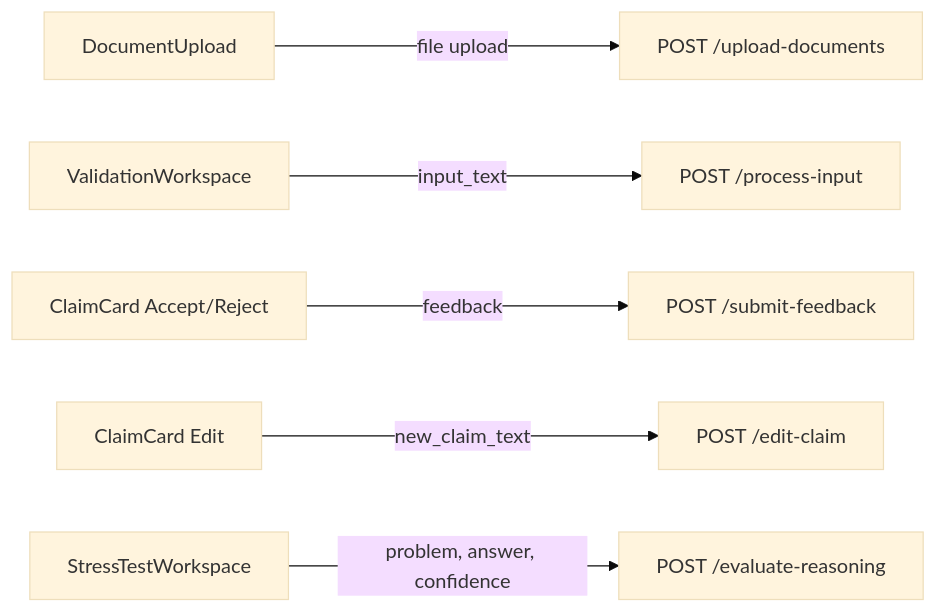
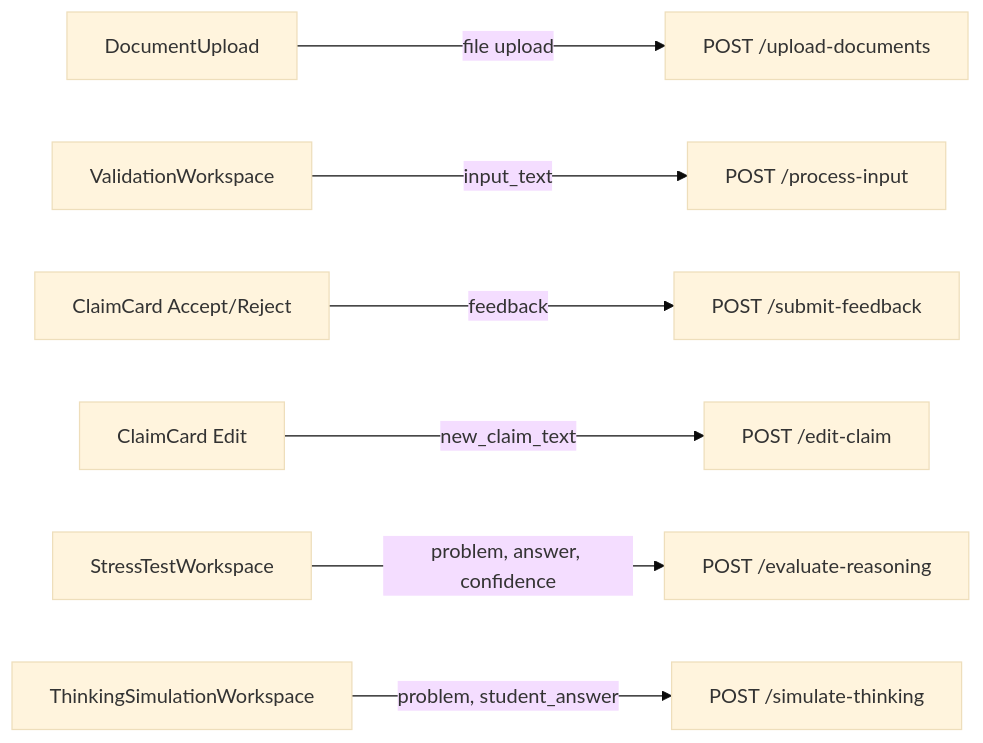
Before and after one commit to chandan112307/evilearn-2: the fourth of 4 diagrams in frontend/README.md, drawn with Mermaid (base theme). The commit also changed other lines of this file and 3 other files, not shown here.

First line of the commit message:
docs: update all READMEs with graph-based cognitive reasoning engine architecture

````diff
--- a/frontend/README.md
+++ b/frontend/README.md
@@ -333,8 +400,9 @@
 ```mermaid
 flowchart LR
     A[DocumentUpload] -->|file upload| B[POST /upload-documents]
     C[ValidationWorkspace] -->|input_text| D[POST /process-input]
     E[ClaimCard Accept/Reject] -->|feedback| F[POST /submit-feedback]
     G[ClaimCard Edit] -->|new_claim_text| H[POST /edit-claim]
     I[StressTestWorkspace] -->|problem, answer, confidence| J[POST /evaluate-reasoning]
+    K[ThinkingSimulationWorkspace] -->|problem, student_answer| L[POST /simulate-thinking]
 ```
````
